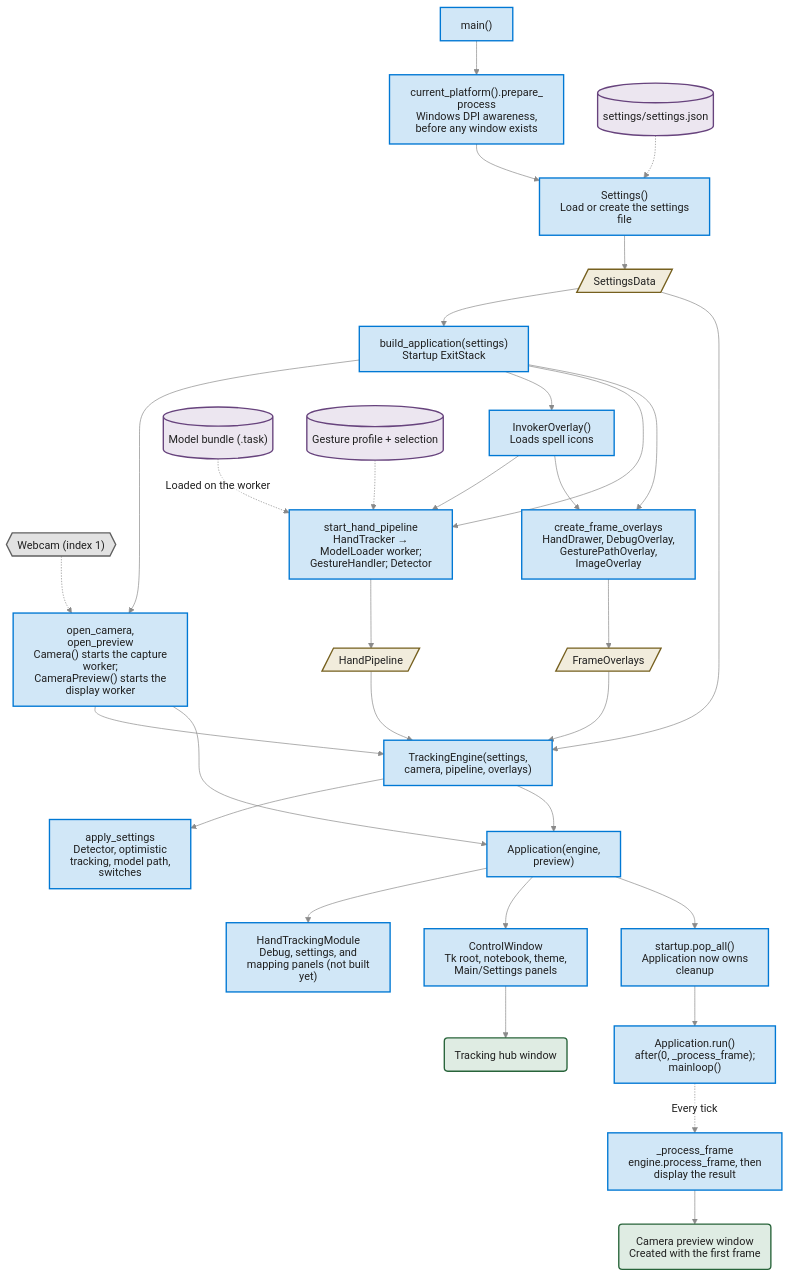
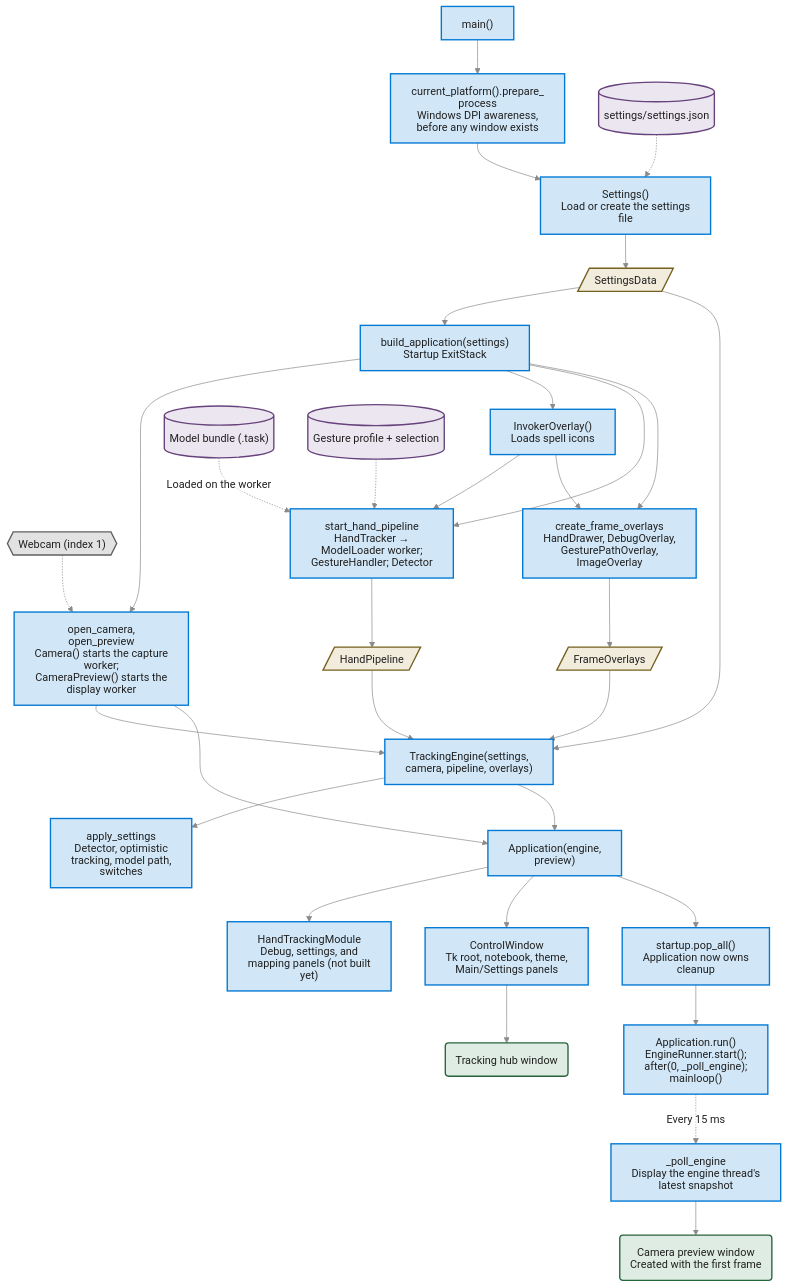
The first of 2 diagrams in hand-tracking/docs/startup_lifecycle.md (MarkJuliusAbraham/ComputerVisionBasics), drawn with Mermaid before and after one commit. The commit also changed other lines of this file and 10 other files, not shown here.

````diff
--- a/hand-tracking/docs/startup_lifecycle.md
+++ b/hand-tracking/docs/startup_lifecycle.md
@@ -29,45 +29,45 @@
 ```mermaid
 %%{init: {"theme": "base", "htmlLabels": false, "flowchart": {"htmlLabels": false}, "themeCSS": ".edgeLabel rect, .labelBkg { fill: #ffffff !important; opacity: 1 !important; }", "themeVariables": {"primaryTextColor": "#202020", "textColor": "#202020", "lineColor": "#8a8a8a", "edgeLabelBackground": "#ffffff", "clusterBkg": "#f7f7f7", "clusterBorder": "#808080", "titleColor": "#202020", "background": "#ffffff"}}}%%
 flowchart TD
     Main["main()"]:::component --> DPI["current_platform().prepare_process<br/>Windows DPI awareness, before any window exists"]:::component
     DPI --> LoadSettings["Settings()<br/>Load or create the settings file"]:::component
     SettingsFile[("settings/settings.json")]:::config -.-> LoadSettings
     LoadSettings --> Data[/"SettingsData"/]:::data
     Data --> Build["build_application(settings)<br/>Startup ExitStack"]:::component
 
     Build --> Video["open_camera, open_preview<br/>Camera() starts the capture worker;<br/>CameraPreview() starts the display worker"]:::component
     Webcam{{"Webcam (index 1)"}}:::external -.-> Video
 
     Build --> Invoker["InvokerOverlay()<br/>Loads spell icons"]:::component
     Build --> Pipeline["start_hand_pipeline<br/>HandTracker → ModelLoader worker;<br/>GestureHandler; Detector"]:::component
     Model[("Model bundle (.task)")]:::config -.->|"Loaded on the worker"| Pipeline
     Profiles[("Gesture profile + selection")]:::config -.-> Pipeline
     Invoker --> Pipeline
     Pipeline --> HandPipeline[/"HandPipeline"/]:::data
 
     Build --> Overlays["create_frame_overlays<br/>HandDrawer, DebugOverlay,<br/>GesturePathOverlay, ImageOverlay"]:::component
     Invoker --> Overlays
     Overlays --> FrameOverlays[/"FrameOverlays"/]:::data
 
     Video --> Engine["TrackingEngine(settings, camera, pipeline, overlays)"]:::component
     HandPipeline --> Engine
     FrameOverlays --> Engine
     Data --> Engine
     Engine --> Apply["apply_settings<br/>Detector, optimistic tracking, model path, switches"]:::component
     Engine --> App["Application(engine, preview)"]:::component
     Video --> App
     App --> Module["HandTrackingModule<br/>Debug, settings, and mapping panels (not built yet)"]:::component
     App --> Hub["ControlWindow<br/>Tk root, notebook, theme, Main/Settings panels"]:::component
     Hub --> HubView("Tracking hub window"):::view
 
     App --> Handoff["startup.pop_all()<br/>Application now owns cleanup"]:::component
-    Handoff --> Run["Application.run()<br/>after(0, _process_frame); mainloop()"]:::component
-    Run -.->|"Every tick"| Frame["_process_frame<br/>engine.process_frame, then display the result"]:::component
+    Handoff --> Run["Application.run()<br/>EngineRunner.start(); after(0, _poll_engine); mainloop()"]:::component
+    Run -.->|"Every 15 ms"| Frame["_poll_engine<br/>Display the engine thread's latest snapshot"]:::component
     Frame --> Preview("Camera preview window<br/>Created with the first frame"):::view
 
     classDef component fill:#d1e7f7,stroke:#0078d4,color:#202020,stroke-width:2px;
     classDef data fill:#f1ecdc,stroke:#76601f,color:#202020,stroke-width:2px;
     classDef view fill:#dfece3,stroke:#28643a,color:#202020,stroke-width:2px;
     classDef config fill:#ece6f0,stroke:#67437d,color:#202020,stroke-width:2px;
     classDef external fill:#e2e2e2,stroke:#606060,color:#202020,stroke-width:2px;
 ```
````
